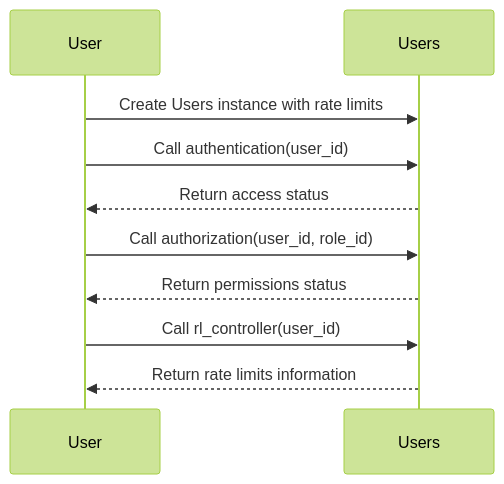
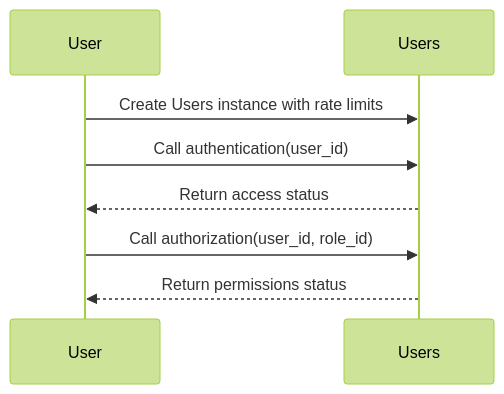
Before and after one commit to obervinov/users-package: the second of 3 diagrams in README.md, drawn with Mermaid (forest theme). The commit also changed 2 other files, not shown here.

Commit message:
modified:   CHANGELOG.md modified:   README.md modified:   users/ratelimits.py

````diff
--- a/README.md
+++ b/README.md
@@ -436,12 +436,10 @@
 ```mermaid
 sequenceDiagram
     participant User
     participant Users
     User->>Users: Create Users instance with rate limits
     User->>Users: Call authentication(user_id)
     Users-->>User: Return access status
     User->>Users: Call authorization(user_id, role_id)
     Users-->>User: Return permissions status
-    User->>Users: Call rl_controller(user_id)
-    Users-->>User: Return rate limits information
 ```
````
